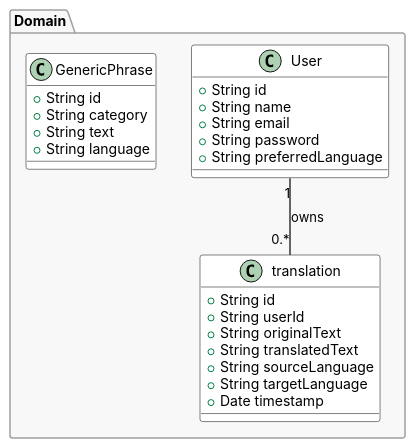
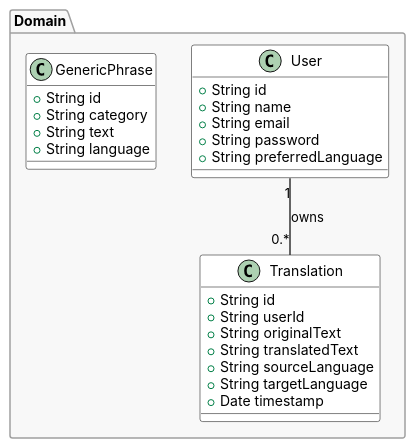
One commit to VascoMagolo/DSSMV_ProjectDroid_1231562_1230985 changed the diagram in UMLs/PUMLs/domain_model.puml. Above: the diagram before and after it, drawn with PlantUML. The commit also changed 7 other files, not shown here.

```diff
--- a/UMLs/PUMLs/domain_model.puml
+++ b/UMLs/PUMLs/domain_model.puml
@@ -1,49 +1,49 @@
 @startuml DomainModel
 skinparam defaultFontName "Inter"
 skinparam actorBorderColor #000000
 skinparam actorBackgroundColor #EFEFEF
 skinparam useCaseBorderColor #000000
 skinparam useCaseBackgroundColor #FFFFFF
 skinparam package {
     BackgroundColor #F8F8F8
     BorderColor #A0A0A0
 }
 skinparam arrow {
     Color #333333
     Thickness 1.5
 }
 skinparam class {
     BackgroundColor #FFFFFF
     BorderColor #000000
     ArrowColor #333333
 }
 
 package "Domain" {
   class User {
     +String id
     +String name
     +String email
     +String password
     +String preferredLanguage
   }
 
-  class translation {
-    +String id
-    +String userId
-    +String originalText
-    +String translatedText
-    +String sourceLanguage
-    +String targetLanguage
-    +Date timestamp
-  }
+  class Translation {
+      +String id
+      +String userId
+      +String originalText
+      +String translatedText
+      +String sourceLanguage
+      +String targetLanguage
+      +Date timestamp
+    }
 
   class GenericPhrase {
     +String id
     +String category
     +String text
     +String language
   }
 
-  User "1" -- "0.*" translation : owns
+  User "1" -- "0.*" Translation : owns
 }
 @enduml
```
